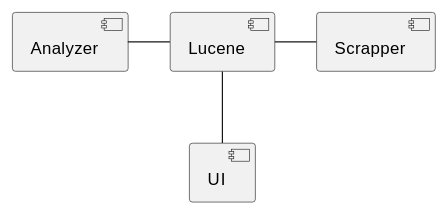
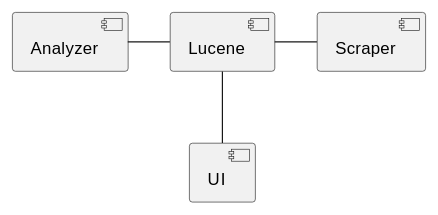
Before and after one commit to yegor256/blog: the diagram in _drafts/skeleton.md, drawn with PlantUML. The commit also changed other lines of this file, not shown here.

```diff
--- a/_drafts/skeleton.md
+++ b/_drafts/skeleton.md
@@ -97,5 +97,5 @@
 {% plantuml %}
 [Lucene] -down- [UI]
-[Lucene] - [Scrapper]
+[Lucene] - [Scraper]
 [Analyzer] - [Lucene]
 {% endplantuml %}
```
